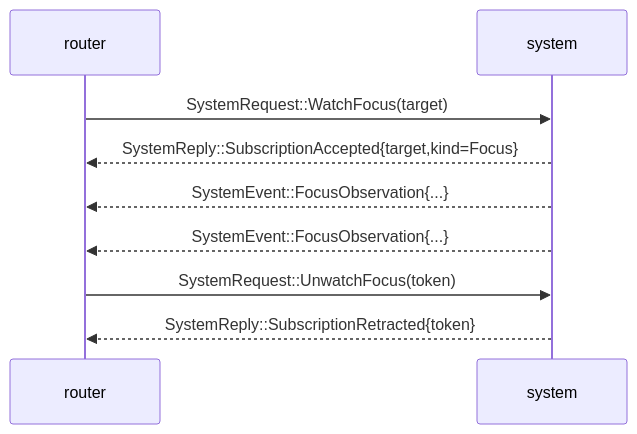
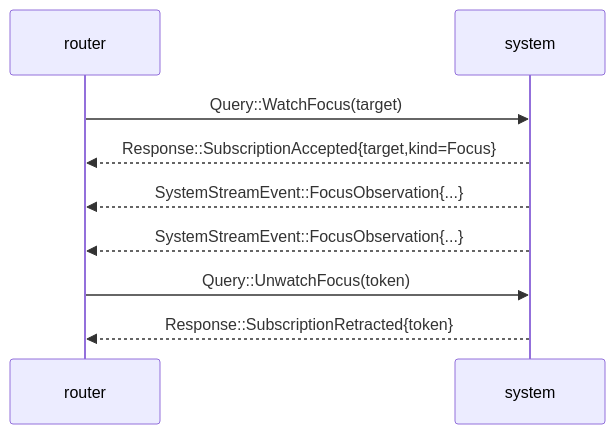
The diagram in ARCHITECTURE.md (LiGoldragon/signal-system), drawn with Mermaid before and after one commit. The commit also changed other lines of this file and 19 other files, not shown here.

````diff
--- a/ARCHITECTURE.md
+++ b/ARCHITECTURE.md
@@ -107,12 +54,12 @@
 ```mermaid
 sequenceDiagram
     participant Router as router
     participant System as system
 
-    Router->>System: SystemRequest::WatchFocus(target)
-    System-->>Router: SystemReply::SubscriptionAccepted{target,kind=Focus}
-    System-->>Router: SystemEvent::FocusObservation{...}
-    System-->>Router: SystemEvent::FocusObservation{...}
-    Router->>System: SystemRequest::UnwatchFocus(token)
-    System-->>Router: SystemReply::SubscriptionRetracted{token}
+    Router->>System: Query::WatchFocus(target)
+    System-->>Router: Response::SubscriptionAccepted{target,kind=Focus}
+    System-->>Router: SystemStreamEvent::FocusObservation{...}
+    System-->>Router: SystemStreamEvent::FocusObservation{...}
+    Router->>System: Query::UnwatchFocus(token)
+    System-->>Router: Response::SubscriptionRetracted{token}
 ```
````
